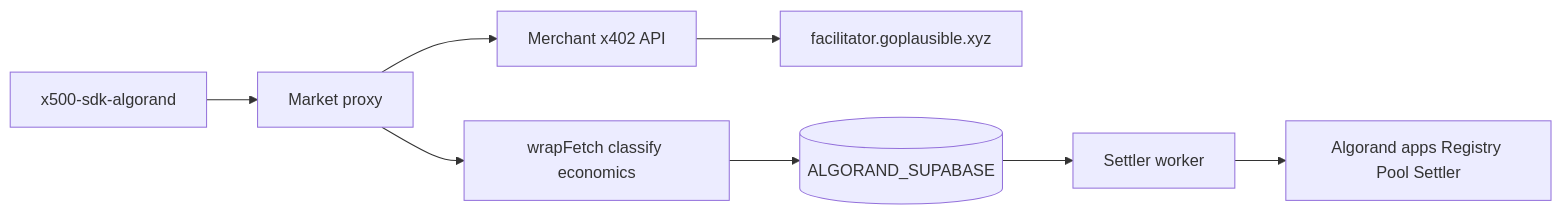
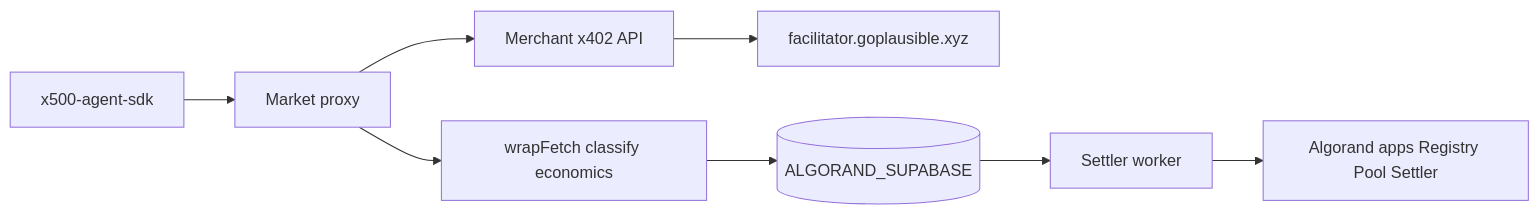
Before and after one commit to Marshal-AM/x500-algorand: the diagram in README.md, drawn with Mermaid. The commit also changed other lines of this file and 148 other files, not shown here.

````diff
--- a/README.md
+++ b/README.md
@@ -79,10 +79,10 @@
 ```mermaid
 flowchart LR
-  Agent[x500-sdk-algorand] --> Proxy[Market proxy]
+  Agent[x500-agent-sdk] --> Proxy[Market proxy]
   Proxy --> Merchant[Merchant x402 API]
   Merchant --> Facil[facilitator.goplausible.xyz]
   Proxy --> Wrap[wrapFetch classify economics]
   Wrap --> DB[(ALGORAND_SUPABASE)]
   DB --> Settler[Settler worker]
   Settler --> Chain[Algorand apps Registry Pool Settler]
 ```
````
